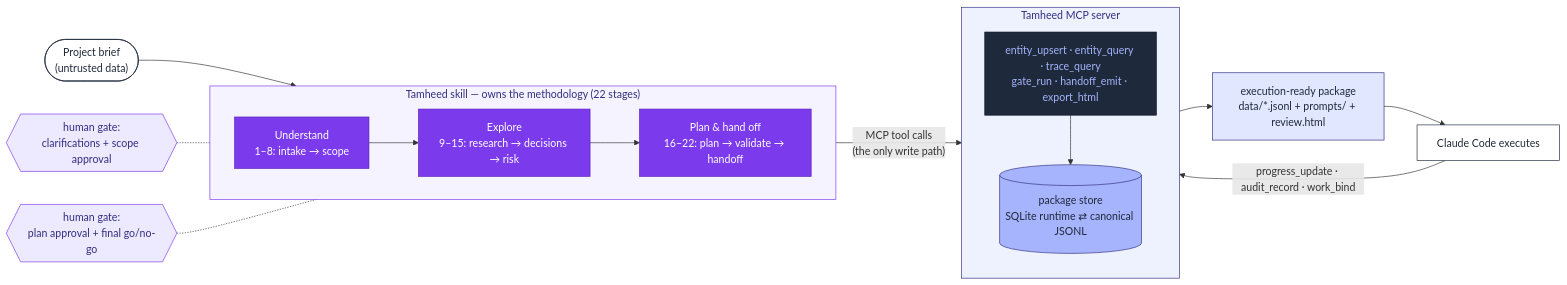
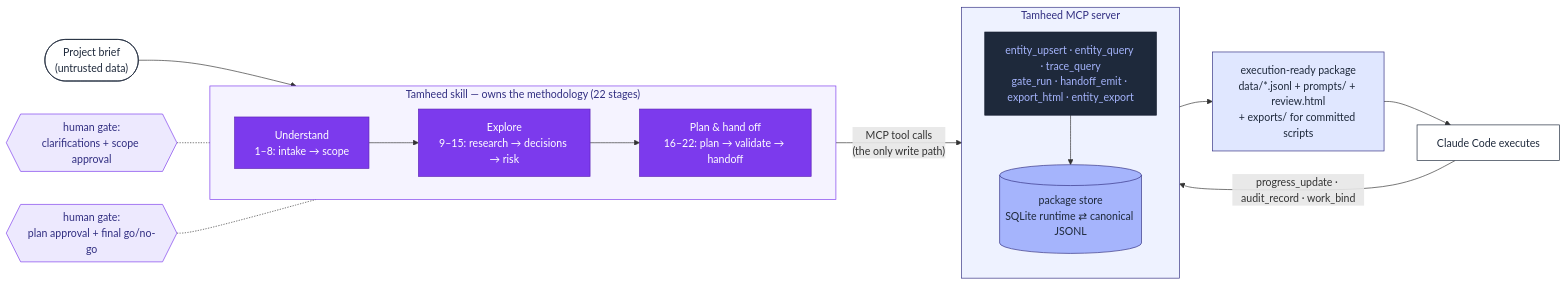
The diagram in README.md (A-H-911/tamheed), drawn with Mermaid before and after one commit. The commit also changed other lines of this file and 45 other files, not shown here.

First line of the commit message:
feat: v4.7.0 — the sanctioned read for committed scripts + the paste guard (plan 041)

````diff
--- a/README.md
+++ b/README.md
@@ -326,41 +327,41 @@
 ```mermaid
 flowchart LR
     brief(["Project brief<br/>(untrusted data)"]) --> U
 
     subgraph SKILL["Tamheed skill — owns the methodology (22 stages)"]
         direction LR
         U["Understand<br/>1–8: intake → scope"] --> X["Explore<br/>9–15: research → decisions → risk"]
         X --> P["Plan &amp; hand off<br/>16–22: plan → validate → handoff"]
     end
 
     G1{{"human gate:<br/>clarifications + scope approval"}} -.- U
     G2{{"human gate:<br/>plan approval + final go/no-go"}} -.- P
 
     SKILL -- "MCP tool calls<br/>(the only write path)" --> T
 
     subgraph SRV["Tamheed MCP server"]
         direction TB
-        T["entity_upsert · entity_query · trace_query<br/>gate_run · handoff_emit · export_html"]
+        T["entity_upsert · entity_query · trace_query<br/>gate_run · handoff_emit · export_html · entity_export"]
         DB[("package store<br/>SQLite runtime ⇄ canonical JSONL")]
         T --> DB
     end
 
-    DB --> OUT["execution-ready package<br/>data/*.jsonl + prompts/ + review.html"]
+    DB --> OUT["execution-ready package<br/>data/*.jsonl + prompts/ + review.html<br/>+ exports/ for committed scripts"]
     OUT --> EXEC["Claude Code executes"]
     EXEC -- "progress_update · audit_record · work_bind" --> T
 
     classDef stage fill:#7c3aed,stroke:#5b21b6,color:#ffffff
     classDef gate fill:#ede9fe,stroke:#7c3aed,color:#312e81
     classDef card fill:#ffffff,stroke:#1e293b,color:#1e293b
     classDef tools fill:#1e293b,stroke:#0f172a,color:#a5b4fc
     classDef store fill:#a5b4fc,stroke:#312e81,color:#1e293b
     classDef pkg fill:#e0e7ff,stroke:#312e81,color:#1e293b
     class U,X,P stage
     class G1,G2 gate
     class brief,EXEC card
     class T tools
     class DB store
     class OUT pkg
     style SKILL fill:#f5f3ff,stroke:#7c3aed,color:#312e81
     style SRV fill:#eef2ff,stroke:#312e81,color:#312e81
 ```
````
